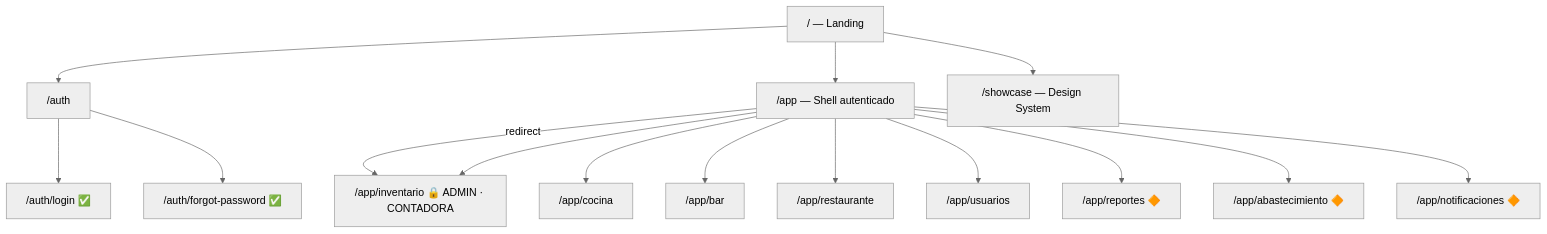
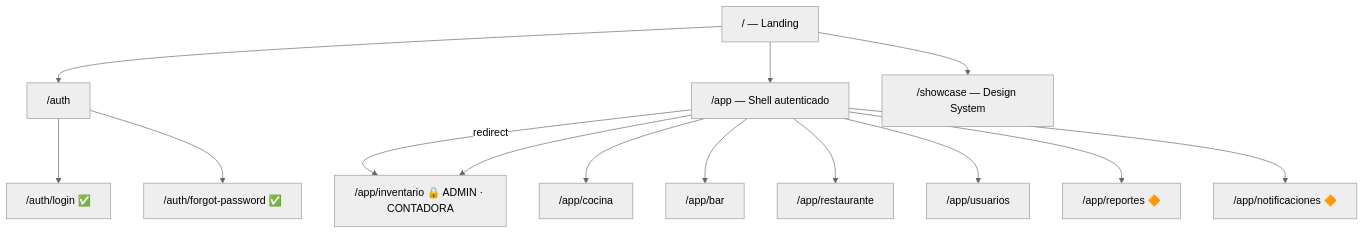
The third of 9 diagrams in .ai/nav-map.md (Brian7st/GastrosenaFrontend), drawn with Mermaid (neutral theme) before and after one commit. The commit also changed other lines of this file, not shown here.

Commit message:
docs: actualizar nav-map con progreso por RF y eliminar abastecimiento

````diff
--- a/.ai/nav-map.md
+++ b/.ai/nav-map.md
@@ -18,19 +50,18 @@
 ```mermaid
 flowchart TD
     ROOT["/ — Landing"] --> AUTH["/auth"]
     ROOT --> APP["/app — Shell autenticado"]
     ROOT --> SHOWCASE["/showcase — Design System"]
 
     AUTH --> LOGIN["/auth/login ✅"]
     AUTH --> FORGOT["/auth/forgot-password ✅"]
 
     APP -->|redirect| INVENT_ROOT
     APP --> INVENT_ROOT["/app/inventario 🔒 ADMIN · CONTADORA"]
     APP --> COCINA["/app/cocina"]
     APP --> BAR["/app/bar"]
     APP --> REST["/app/restaurante"]
     APP --> USERS["/app/usuarios"]
     APP --> REP["/app/reportes 🔶"]
-    APP --> ABAST["/app/abastecimiento 🔶"]
     APP --> NOTIF["/app/notificaciones 🔶"]
 ```
````
